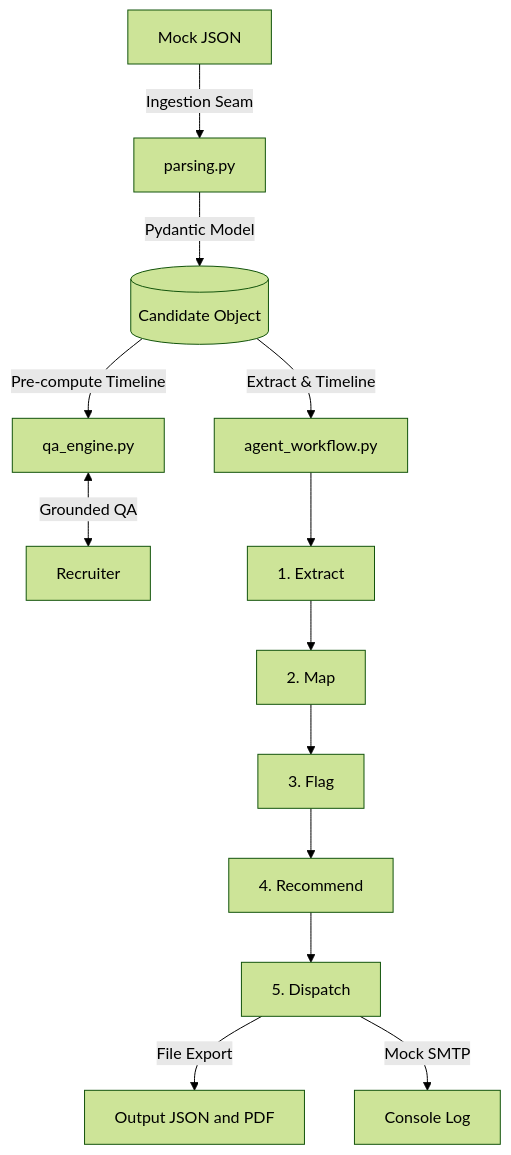
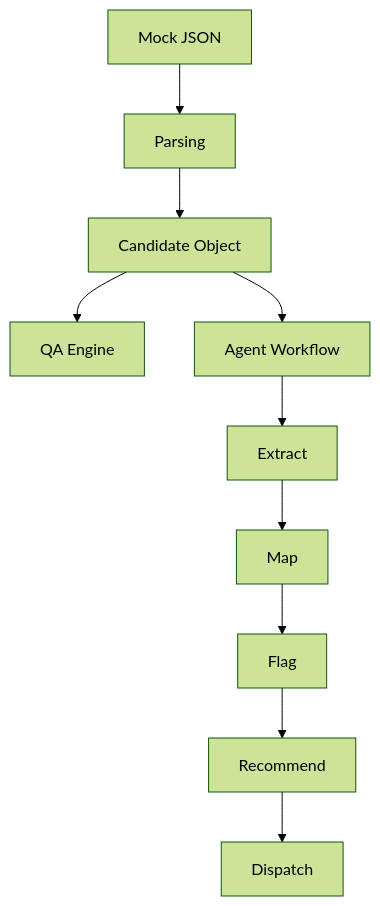
The diagram in README.md (prvcds/resumeiq-agentic-pipeline), drawn with Mermaid (forest theme) before and after one commit. The commit also changed other lines of this file, not shown here.

Commit message:
Fix Mermaid diagram rendering

````diff
--- a/README.md
+++ b/README.md
@@ -10,17 +9,12 @@
 ```mermaid
-flowchart TD
-    A["Mock JSON"] -->|Ingestion Seam| B["parsing.py"]
-    B -->|Pydantic Model| C[("Candidate Object")]
-    C -->|Pre-compute Timeline| D["qa_engine.py"]
-    D <-->|Grounded QA| R["Recruiter"]
-
-    C -->|Extract & Timeline| E["agent_workflow.py"]
-    E --> F["1. Extract"]
-    F --> G["2. Map"]
-    G --> H["3. Flag"]
-    H --> I["4. Recommend"]
-    I --> J["5. Dispatch"]
-
-    J -->|File Export| K["Output JSON and PDF"]
-    J -->|Mock SMTP| L["Console Log"]
+graph TD
+    A[Mock JSON] --> B[Parsing]
+    B --> C[Candidate Object]
+    C --> D[QA Engine]
+    C --> E[Agent Workflow]
+    E --> F[Extract]
+    F --> G[Map]
+    G --> H[Flag]
+    H --> I[Recommend]
+    I --> J[Dispatch]
 ```
````
